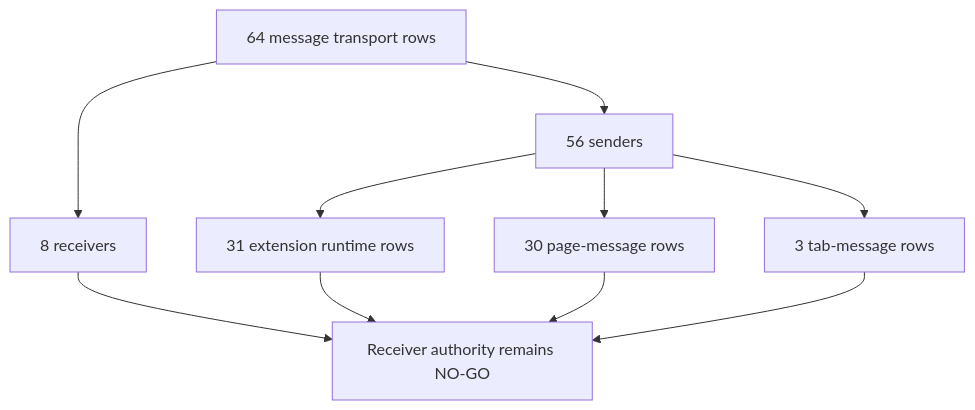
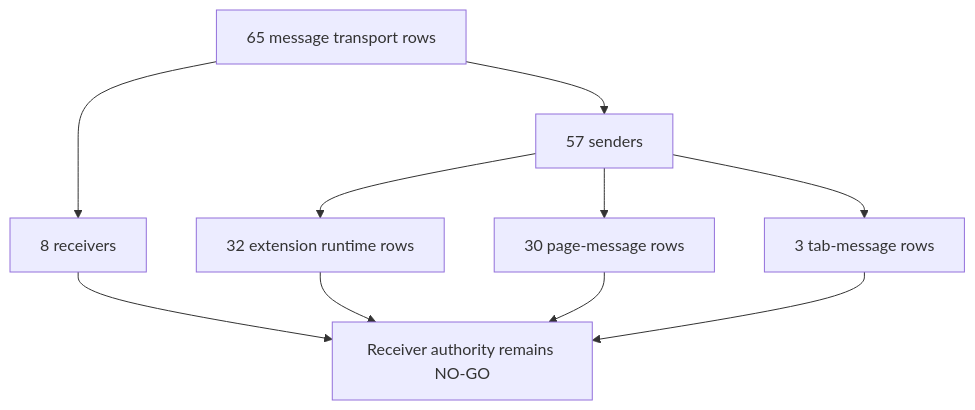
One commit to varshneydevansh/FilterTube changed the diagram in docs/audit/FILTERTUBE_MESSAGE_TRANSPORT_CALLSITE_REGISTER_CURRENT_BEHAVIOR_2026-05-22.md. Above: the diagram before and after it, drawn with Mermaid. The commit also changed other lines of this file and 711 other files, not shown here.

````diff
--- a/docs/audit/FILTERTUBE_MESSAGE_TRANSPORT_CALLSITE_REGISTER_CURRENT_BEHAVIOR_2026-05-22.md
+++ b/docs/audit/FILTERTUBE_MESSAGE_TRANSPORT_CALLSITE_REGISTER_CURRENT_BEHAVIOR_2026-05-22.md
@@ -208,12 +209,12 @@
 ```mermaid
 flowchart TD
-  A["64 message transport rows"] --> B["56 senders"]
+  A["65 message transport rows"] --> B["57 senders"]
   A --> C["8 receivers"]
-  B --> D["31 extension runtime rows"]
+  B --> D["32 extension runtime rows"]
   B --> E["30 page-message rows"]
   B --> F["3 tab-message rows"]
   C --> G["Receiver authority remains NO-GO"]
   D --> G
   E --> G
   F --> G
 ```
````
